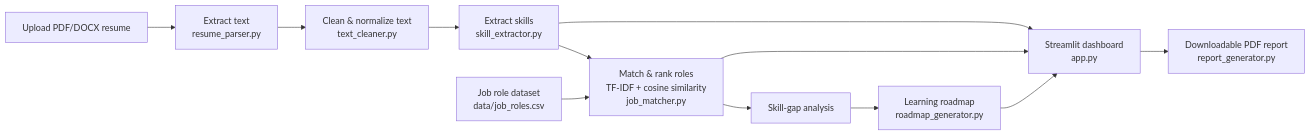
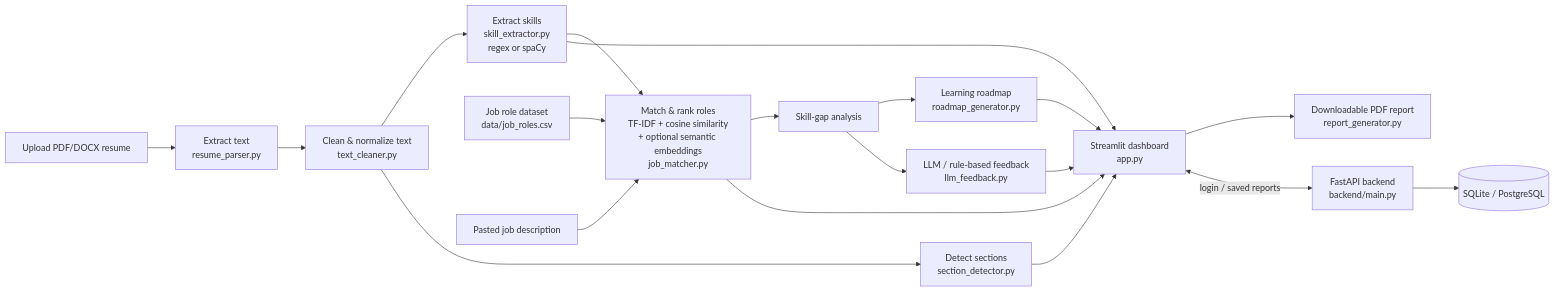
One commit to tanush-2008/ResumeAnalyzer changed the diagram in README.md. Above: the diagram before and after it, drawn with Mermaid. The commit also changed other lines of this file and 22 other files, not shown here.

````diff
--- a/README.md
+++ b/README.md
@@ -33,14 +61,21 @@
 ```mermaid
 flowchart LR
     A[Upload PDF/DOCX resume] --> B[Extract text\nresume_parser.py]
     B --> C[Clean & normalize text\ntext_cleaner.py]
-    C --> D[Extract skills\nskill_extractor.py]
-    E[Job role dataset\ndata/job_roles.csv] --> F[Match & rank roles\nTF-IDF + cosine similarity\njob_matcher.py]
+    C --> D[Extract skills\nskill_extractor.py\nregex or spaCy]
+    C --> S[Detect sections\nsection_detector.py]
+    E[Job role dataset\ndata/job_roles.csv] --> F[Match & rank roles\nTF-IDF + cosine similarity\n+ optional semantic embeddings\njob_matcher.py]
+    J[Pasted job description] --> F
     D --> F
     F --> G[Skill-gap analysis]
     G --> H[Learning roadmap\nroadmap_generator.py]
+    G --> L[LLM / rule-based feedback\nllm_feedback.py]
     D --> I[Streamlit dashboard\napp.py]
+    S --> I
     F --> I
     H --> I
-    I --> J[Downloadable PDF report\nreport_generator.py]
+    L --> I
+    I --> R[Downloadable PDF report\nreport_generator.py]
+    I <-- login / saved reports --> K[FastAPI backend\nbackend/main.py]
+    K --> DB[(SQLite / PostgreSQL)]
 ```
````
